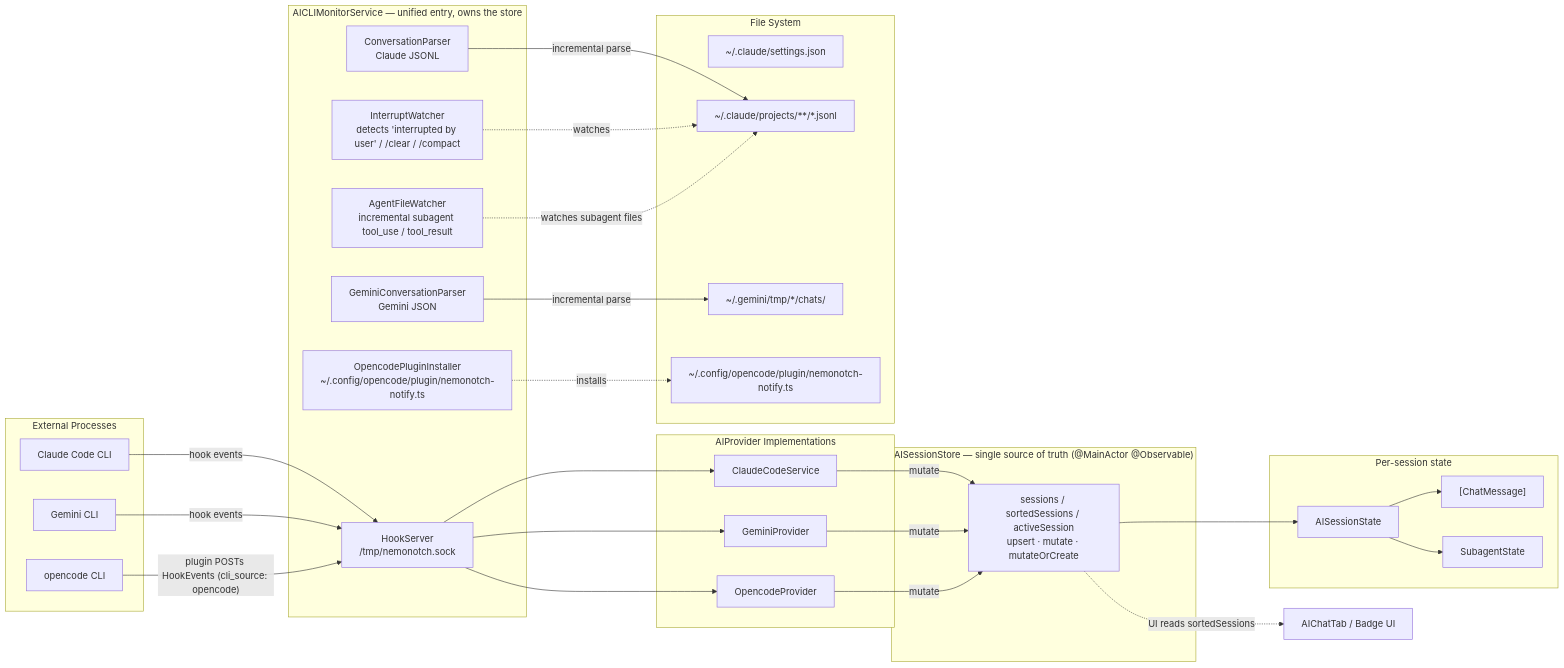
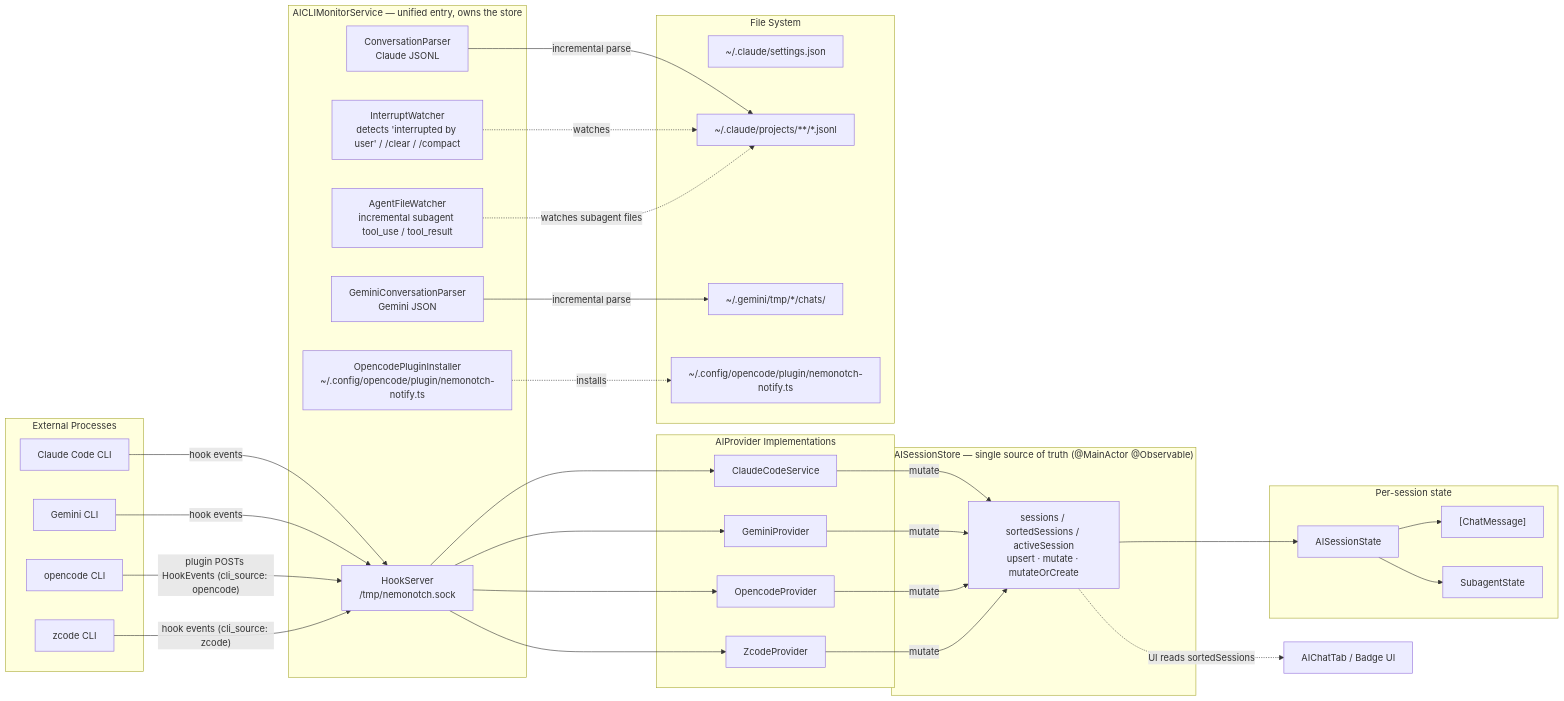
Before and after one commit to GaoZimeng0425/NemoNotch: the second of 3 diagrams in CLAUDE.md, drawn with Mermaid. The commit also changed other lines of this file and 2 other files, not shown here.

Commit message:
docs(zcode): document zcode provider integration

````diff
--- a/CLAUDE.md
+++ b/CLAUDE.md
@@ -112,61 +112,66 @@
 ```mermaid
 graph LR
     subgraph External["External Processes"]
         CC["Claude Code CLI"]
         GC["Gemini CLI"]
         OC["opencode CLI"]
+        ZC["zcode CLI"]
     end
 
     subgraph Monitor["AICLIMonitorService — unified entry, owns the store"]
         HS["HookServer<br/>/tmp/nemonotch.sock"]
         CP["ConversationParser<br/>Claude JSONL"]
         GCP["GeminiConversationParser<br/>Gemini JSON"]
         IW["InterruptWatcher<br/>detects 'interrupted by user' / /clear / /compact"]
         AFW["AgentFileWatcher<br/>incremental subagent tool_use / tool_result"]
         OPI["OpencodePluginInstaller<br/>~/.config/opencode/plugin/nemonotch-notify.ts"]
     end
 
     subgraph Providers["AIProvider Implementations"]
         CLS["ClaudeCodeService"]
         GPR["GeminiProvider"]
         OPR["OpencodeProvider"]
+        ZPR["ZcodeProvider"]
     end
 
     subgraph Store["AISessionStore — single source of truth (@MainActor @Observable)"]
         ST["sessions / sortedSessions / activeSession<br/>upsert · mutate · mutateOrCreate"]
     end
 
     subgraph Data["Per-session state"]
         AIS["AISessionState"]
         MSG["[ChatMessage]"]
         SA["SubagentState"]
     end
 
     subgraph Files["File System"]
         S["~/.claude/settings.json"]
         CJ["~/.claude/projects/**/*.jsonl"]
         GJ["~/.gemini/tmp/*/chats/"]
         OP["~/.config/opencode/plugin/nemonotch-notify.ts"]
     end
 
     UI["AIChatTab / Badge UI"]
 
     CC -->|"hook events"| HS
     GC -->|"hook events"| HS
     OC -->|"plugin POSTs HookEvents (cli_source: opencode)"| HS
+    ZC -->|"hook events (cli_source: zcode)"| HS
     HS --> CLS
     HS --> GPR
     HS --> OPR
+    HS --> ZPR
     CP -->|"incremental parse"| CJ
     GCP -->|"incremental parse"| GJ
     IW -.->|"watches"| CJ
     AFW -.->|"watches subagent files"| CJ
     OPI -.->|"installs"| OP
     CLS -->|"mutate"| ST
     GPR -->|"mutate"| ST
     OPR -->|"mutate"| ST
+    ZPR -->|"mutate"| ST
     ST --> AIS
     AIS --> MSG
     AIS --> SA
     ST -.->|"UI reads sortedSessions"| UI
 ```
````
